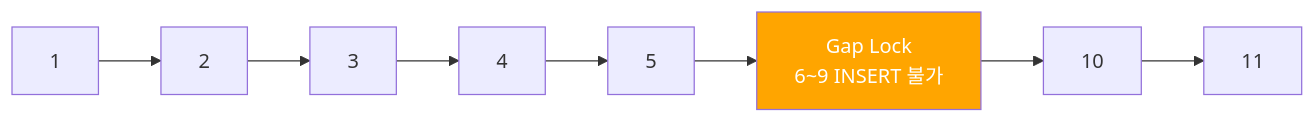
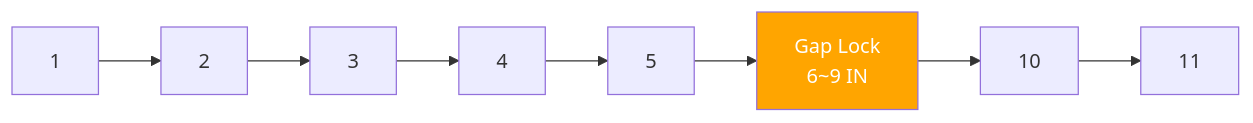
One commit to yjkim2015/yjkim2015.github.io changed the third of 5 diagrams in _posts/db/2026-05-01-db-locks.md. Above: the diagram before and after it, drawn with Mermaid. The commit also changed other lines of this file and 271 other files, not shown here.

First line of the commit message:
Mermaid 라벨 축소: 긴 노드 텍스트 18자 이하로 트림 + \n 제거

````diff
--- a/_posts/db/2026-05-01-db-locks.md
+++ b/_posts/db/2026-05-01-db-locks.md
@@ -73,5 +73,5 @@
 ```mermaid
 graph LR
-    R1[1] --> R2[2] --> R3[3] --> R4[4] --> R5[5] --> GAP["Gap Lock<br>6~9 INSERT 불가"] --> R10[10] --> R11[11]
+    R1[1] --> R2[2] --> R3[3] --> R4[4] --> R5[5] --> GAP["Gap Lock<br>6~9 IN"] --> R10[10] --> R11[11]
     style GAP fill:#ffa500,color:#fff
 ```
````
